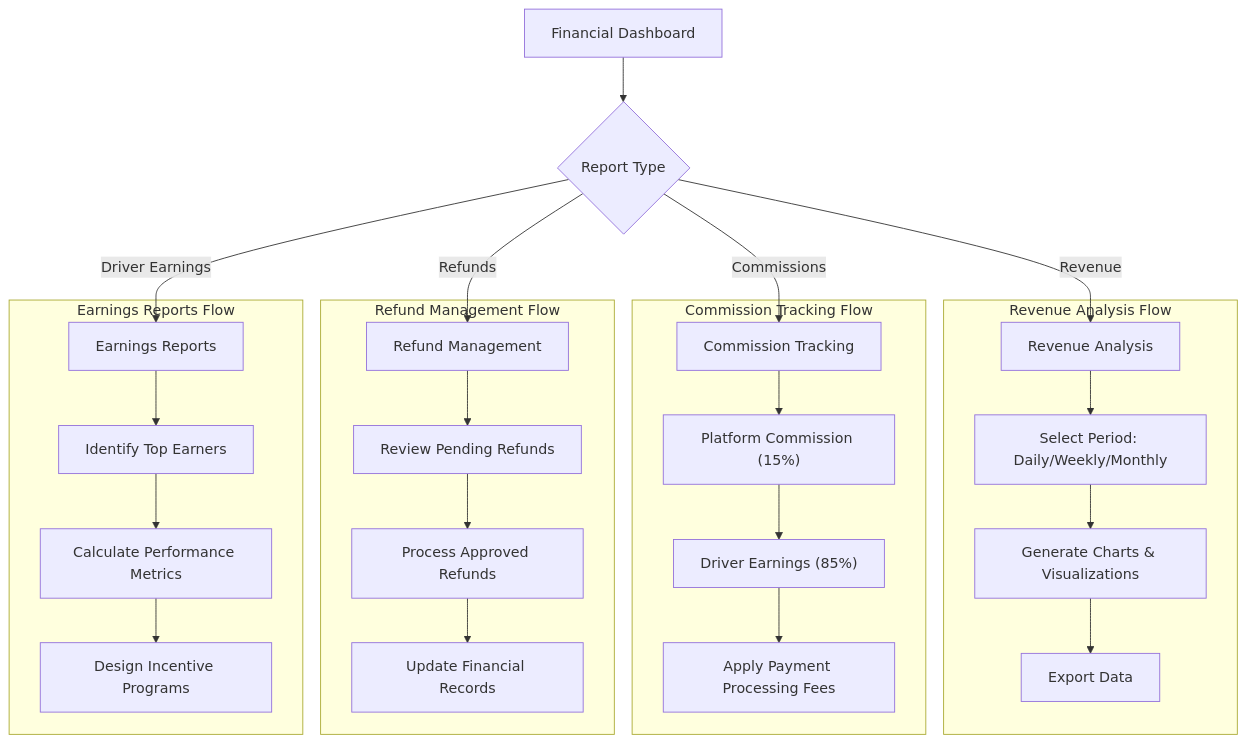
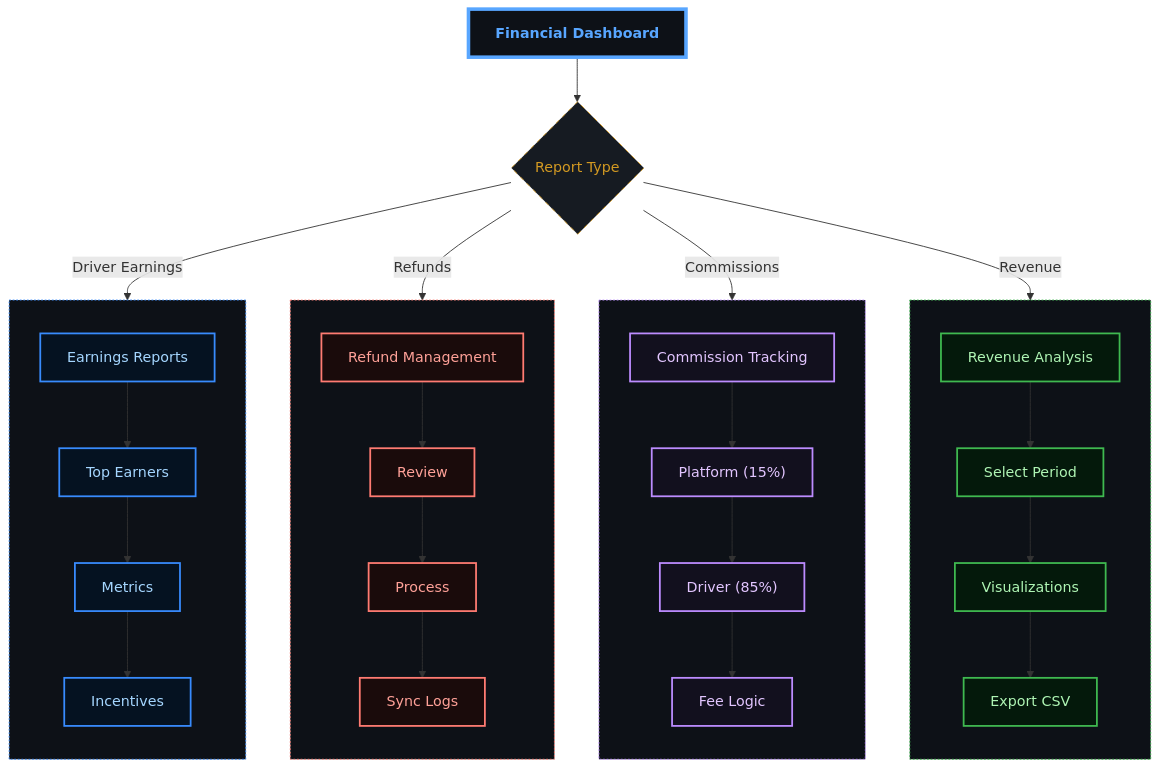
Before and after one commit to abdoElHodaky/transportapp: diagram 14 of 17 in docs/BUSINESS_PROCESSES.md, drawn with Mermaid.

````diff
--- a/docs/BUSINESS_PROCESSES.md
+++ b/docs/BUSINESS_PROCESSES.md
@@ -402,33 +402,74 @@
 ```mermaid
-flowchart TD
+  flowchart TD
+    %% Node Definitions
     A["Financial Dashboard"] --> B{"Report Type"}
     
     B -->|Revenue| C["Revenue Analysis"]
     B -->|Commissions| D["Commission Tracking"]
     B -->|Refunds| E["Refund Management"]
     B -->|Driver Earnings| F["Earnings Reports"]
     
-    subgraph RevenueFlow["Revenue Analysis Flow"]
-        C --> G["Select Period: Daily/Weekly/Monthly"]
-        G --> H["Generate Charts & Visualizations"]
-        H --> I["Export Data"]
+    subgraph RevenueFlow[" "]
+        direction TB
+        C --> G["Select Period"]
+        G --> H["Visualizations"]
+        H --> I["Export CSV"]
     end
     
-    subgraph CommissionFlow["Commission Tracking Flow"]
-        D --> J["Platform Commission (15%)"]
-        J --> K["Driver Earnings (85%)"]
-        K --> L["Apply Payment Processing Fees"]
+    subgraph CommissionFlow[" "]
+        direction TB
+        D --> J["Platform (15%)"]
+        J --> K["Driver (85%)"]
+        K --> L["Fee Logic"]
     end
     
-    subgraph RefundFlow["Refund Management Flow"]
-        E --> M["Review Pending Refunds"]
-        M --> N["Process Approved Refunds"]
-        N --> O["Update Financial Records"]
+    subgraph RefundFlow[" "]
+        direction TB
+        E --> M["Review"]
+        M --> N["Process"]
+        N --> O["Sync Logs"]
     end
     
-    subgraph EarningsFlow["Earnings Reports Flow"]
-        F --> P["Identify Top Earners"]
-        P --> Q["Calculate Performance Metrics"]
-        Q --> R["Design Incentive Programs"]
+    subgraph EarningsFlow[" "]
+        direction TB
+        F --> P["Top Earners"]
+        P --> Q["Metrics"]
+        Q --> R["Incentives"]
     end
+
+    %% --- DARK GRADIENT & GLOW STYLING ---
+    
+    %% Main Dashboard (Neon Cyan/Blue)
+    classDef main fill:#0d1117,stroke:#58a6ff,stroke-width:4px,color:#58a6ff,font-weight:bold;
+    
+    %% Decision Diamond (Gold Glow)
+    classDef decision fill:#161b22,stroke:#d29922,color:#d29922,stroke-dasharray: 5 5;
+    
+    %% Revenue (Emerald Gradient Style)
+    classDef revNode fill:#04190b,stroke:#3fb950,color:#aff5b4,stroke-width:2px;
+    
+    %% Commission (Purple Gradient Style)
+    classDef commNode fill:#12101e,stroke:#bc8cff,color:#e2c5ff,stroke-width:2px;
+    
+    %% Refund (Ruby Gradient Style)
+    classDef refNode fill:#1a0b0b,stroke:#ff7b72,color:#ffa198,stroke-width:2px;
+    
+    %% Earnings (Sapphire Gradient Style)
+    classDef earnNode fill:#051221,stroke:#388bfd,color:#a5d6ff,stroke-width:2px;
+
+    %% Applying Classes
+    class A main;
+    class B decision;
+    class C,G,H,I revNode;
+    class D,J,K,L commNode;
+    class E,M,N,O refNode;
+    class F,P,Q,R earnNode;
+
+    %% Subgraph Blending
+    style RevenueFlow fill:#0d1117,stroke:#3fb950,stroke-width:1px,stroke-dasharray: 2
+    style CommissionFlow fill:#0d1117,stroke:#bc8cff,stroke-width:1px,stroke-dasharray: 2
+    style RefundFlow fill:#0d1117,stroke:#ff7b72,stroke-width:1px,stroke-dasharray: 2
+    style EarningsFlow fill:#0d1117,stroke:#388bfd,stroke-width:1px,stroke-dasharray: 2
+    
+    
 ```
````
